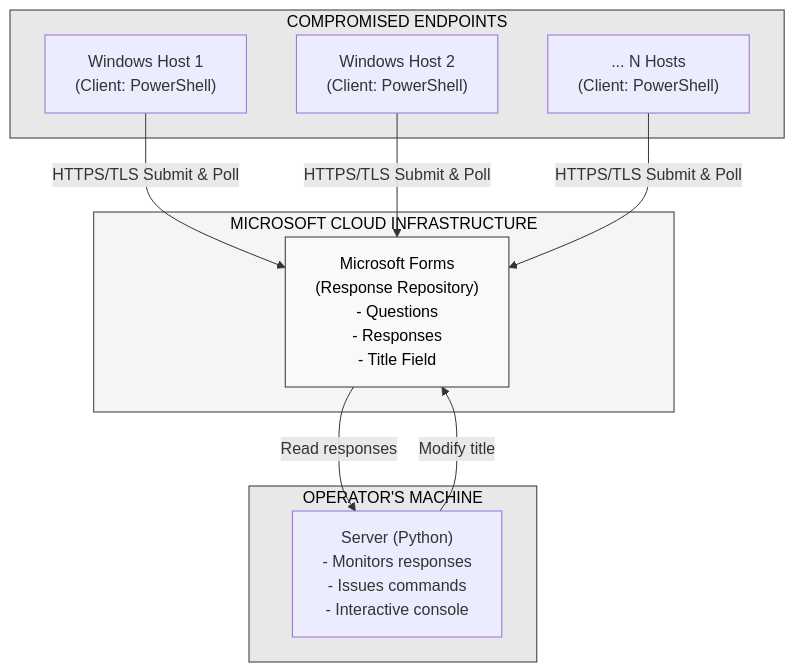
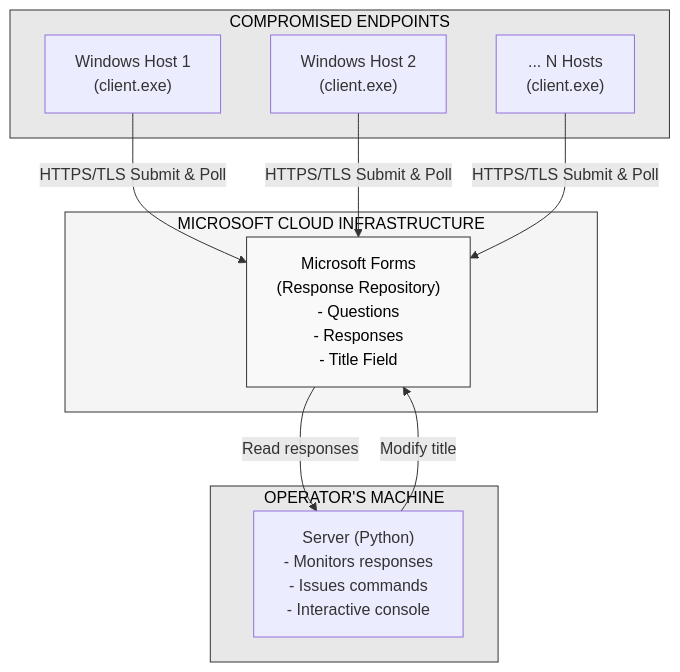
The diagram in README.md (XPSec-Security/cacherc2), drawn with Mermaid before and after one commit. The commit also changed other lines of this file and 6 other files, not shown here.

````diff
--- a/README.md
+++ b/README.md
@@ -7,28 +65,28 @@
 ```mermaid
 graph TB
     subgraph endpoints["COMPROMISED ENDPOINTS"]
-        host1["Windows Host 1<br/>(Client: PowerShell)"]
-        host2["Windows Host 2<br/>(Client: PowerShell)"]
-        hostn["... N Hosts<br/>(Client: PowerShell)"]
+        host1["Windows Host 1<br/>(client.exe)"]
+        host2["Windows Host 2<br/>(client.exe)"]
+        hostn["... N Hosts<br/>(client.exe)"]
     end
     
     subgraph cloud["MICROSOFT CLOUD INFRASTRUCTURE"]
         forms["Microsoft Forms<br/>(Response Repository)<br/>- Questions<br/>- Responses<br/>- Title Field"]
     end
     
     subgraph operator["OPERATOR'S MACHINE"]
         server["Server (Python)<br/>- Monitors responses<br/>- Issues commands<br/>- Interactive console"]
     end
     
     host1 -->|HTTPS/TLS Submit & Poll| forms
     host2 -->|HTTPS/TLS Submit & Poll| forms
     hostn -->|HTTPS/TLS Submit & Poll| forms
     
     forms -->|Read responses| server
     server -->|Modify title| forms
     
     style endpoints fill:#e8e8e8,stroke:#333,color:#000
     style cloud fill:#f5f5f5,stroke:#333,color:#000
     style operator fill:#e8e8e8,stroke:#333,color:#000
     style forms fill:#f9f9f9,stroke:#333,color:#000
 ```
````
